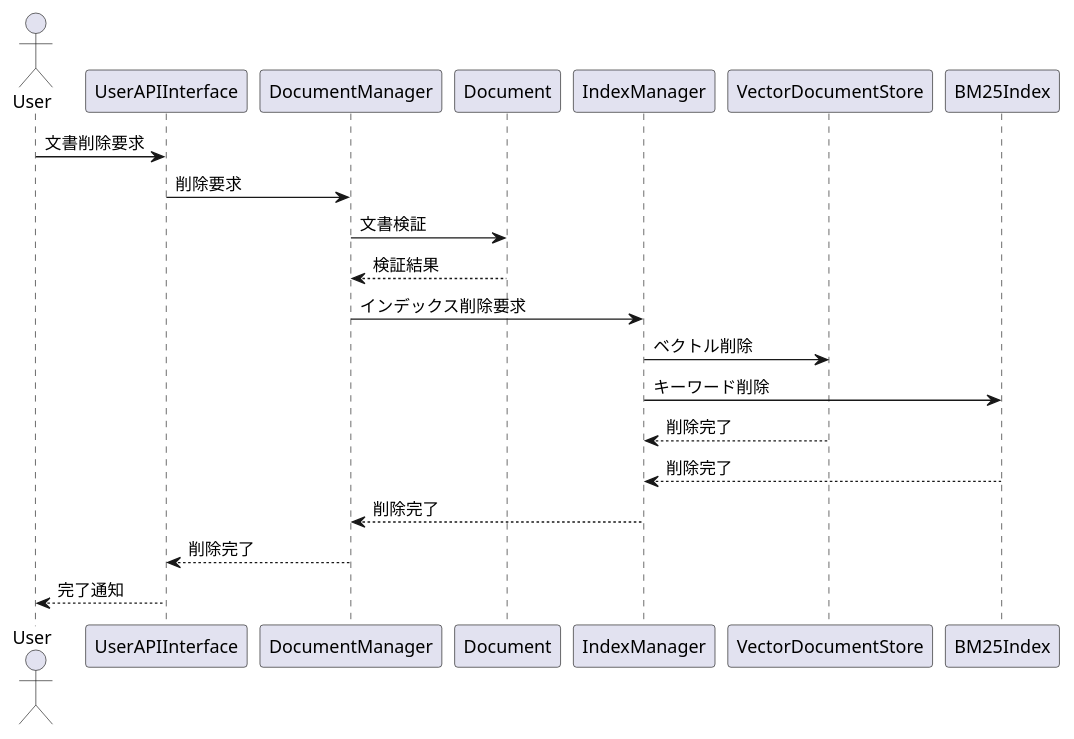
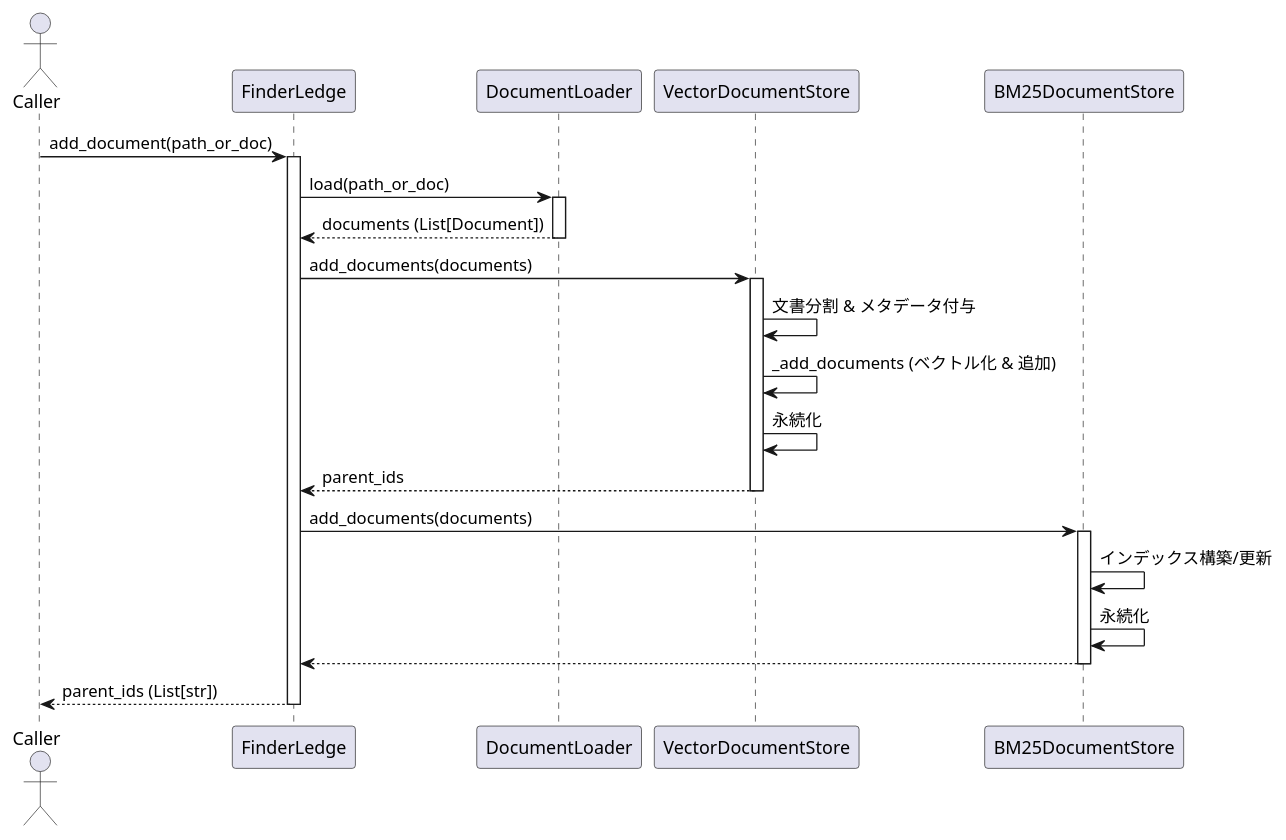
Before and after one commit to kitfactory/findaledge: the second of 6 diagrams in docs/function_spec.md, drawn with PlantUML. The commit also changed other lines of this file and 3 other files, not shown here.

````diff
--- a/docs/function_spec.md
+++ b/docs/function_spec.md
@@ -82,24 +86,34 @@
 ```plantuml
 @startuml
-actor User
-participant "UserAPIInterface" as API
-participant "DocumentManager" as DM
-participant "Document" as Doc
-participant "IndexManager" as IM
-participant "VectorDocumentStore" as VS
-participant "BM25Index" as BM25
+actor Caller
+participant "FinderLedge" as Ledge
+participant "DocumentLoader" as Loader
+participant "VectorDocumentStore" as VecStore
+participant "BM25DocumentStore" as KWStore
 
-User -> API: 文書削除要求
-API -> DM: 削除要求
-DM -> Doc: 文書検証
-Doc --> DM: 検証結果
-DM -> IM: インデックス削除要求
-IM -> VS: ベクトル削除
-IM -> BM25: キーワード削除
-VS --> IM: 削除完了
-BM25 --> IM: 削除完了
-IM --> DM: 削除完了
-DM --> API: 削除完了
-API --> User: 完了通知
+Caller -> Ledge : add_document(path_or_doc)
+activate Ledge
+Ledge -> Loader : load(path_or_doc)
+activate Loader
+Loader --> Ledge : documents (List[Document])
+deactivate Loader
+
+Ledge -> VecStore : add_documents(documents)
+activate VecStore
+VecStore -> VecStore : 文書分割 & メタデータ付与
+VecStore -> VecStore : _add_documents (ベクトル化 & 追加)
+VecStore -> VecStore : 永続化
+VecStore --> Ledge : parent_ids
+deactivate VecStore
+
+Ledge -> KWStore : add_documents(documents)
+activate KWStore
+KWStore -> KWStore : インデックス構築/更新
+KWStore -> KWStore : 永続化
+KWStore --> Ledge
+deactivate KWStore
+
+Ledge --> Caller : parent_ids (List[str])
+deactivate Ledge
 @enduml
 ```
````
